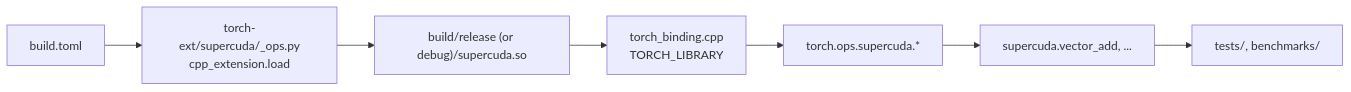
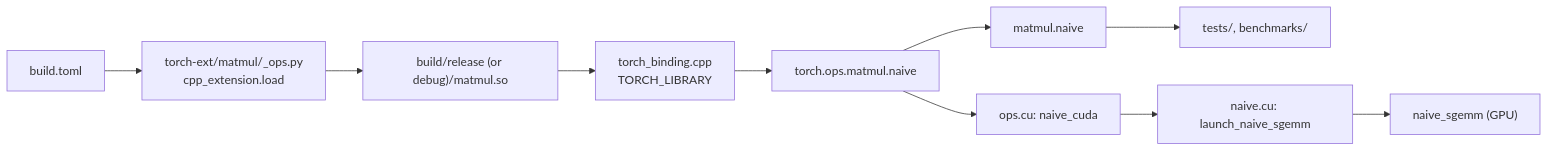
Before and after one commit to knotgrass/SuperCuda: the diagram in README.md, drawn with Mermaid. The commit also changed other lines of this file and 23 other files, not shown here.

First line of the commit message:
matmul: rename the extension from supercuda to matmul, one op per kernel

````diff
--- a/README.md
+++ b/README.md
@@ -29,9 +41,12 @@
 ```mermaid
 flowchart LR
-    T[build.toml] --> O["torch-ext/supercuda/_ops.py<br/>cpp_extension.load"]
-    O --> S["build/release (or debug)/supercuda.so"]
+    T[build.toml] --> O["torch-ext/matmul/_ops.py<br/>cpp_extension.load"]
+    O --> S["build/release (or debug)/matmul.so"]
     S --> R["torch_binding.cpp<br/>TORCH_LIBRARY"]
-    R --> N[torch.ops.supercuda.*]
-    N --> W[supercuda.vector_add, ...]
+    R --> N[torch.ops.matmul.naive]
+    N --> W[matmul.naive]
     W --> X[tests/, benchmarks/]
+    N --> P["ops.cu: naive_cuda"]
+    P --> L["naive.cu: launch_naive_sgemm"]
+    L --> K["naive_sgemm (GPU)"]
 ```
````
